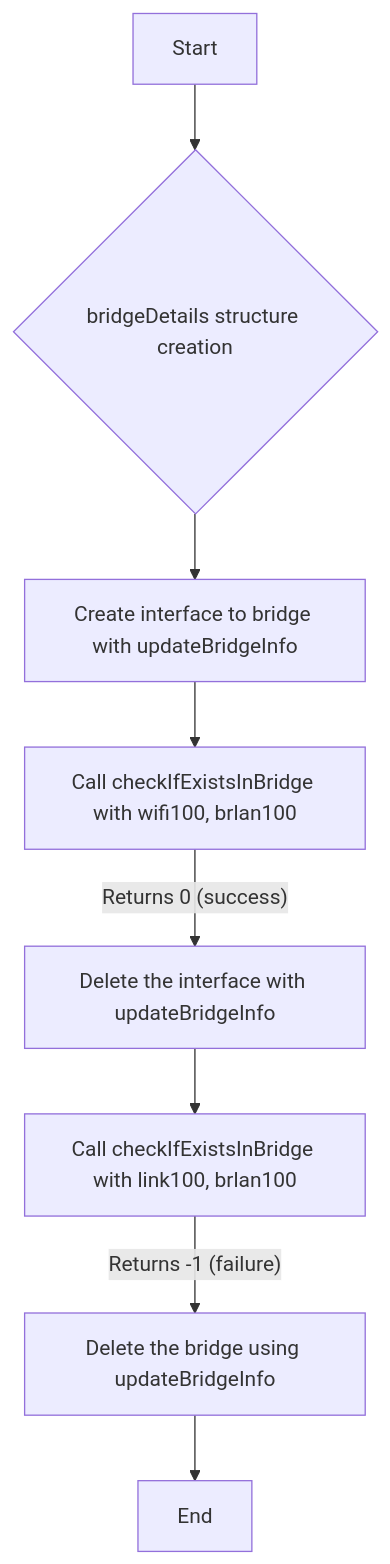
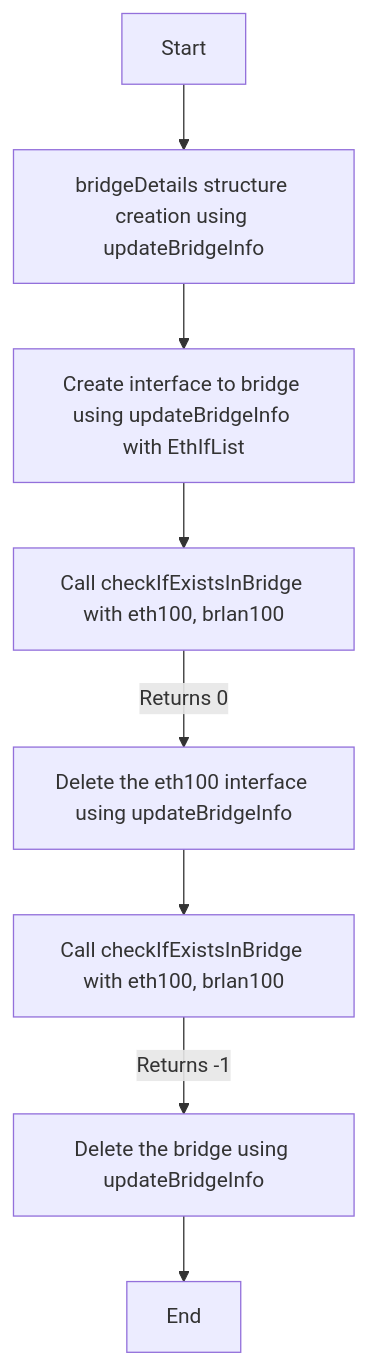
The fifth of 5 diagrams in docs/pages/bridge_util_mermaid.md (rdkcentral/rdkb-halif-test-bridge-util), drawn with Mermaid before and after one commit. The commit also changed other lines of this file, not shown here.

Commit message:
Develop bridge util hal L2 test suite Modified bridge util Mermaid file

````diff
--- a/docs/pages/bridge_util_mermaid.md
+++ b/docs/pages/bridge_util_mermaid.md
@@ -65,10 +63,10 @@
 ```mermaid
 graph TD
-A[Start] --> B{bridgeDetails structure creation}
-B --> C["Create interface to bridge with updateBridgeInfo"]
-C --> D["Call checkIfExistsInBridge with wifi100, brlan100"]
-D --> |"Returns 0 (success)"| E["Delete the interface with updateBridgeInfo"]
-E --> F["Call checkIfExistsInBridge with link100, brlan100"]
-F --> |"Returns -1 (failure)"| G["Delete the bridge using updateBridgeInfo"]
+A[Start] --> B[bridgeDetails structure creation using updateBridgeInfo]
+B --> C["Create interface to bridge using updateBridgeInfo with EthIfList"]
+C --> D["Call checkIfExistsInBridge with eth100, brlan100"]
+D --> |"Returns 0"| E["Delete the eth100 interface using updateBridgeInfo"]
+E --> F["Call checkIfExistsInBridge with eth100, brlan100"]
+F --> |"Returns -1"| G["Delete the bridge using updateBridgeInfo"]
 G --> H[End]
 ```
````
